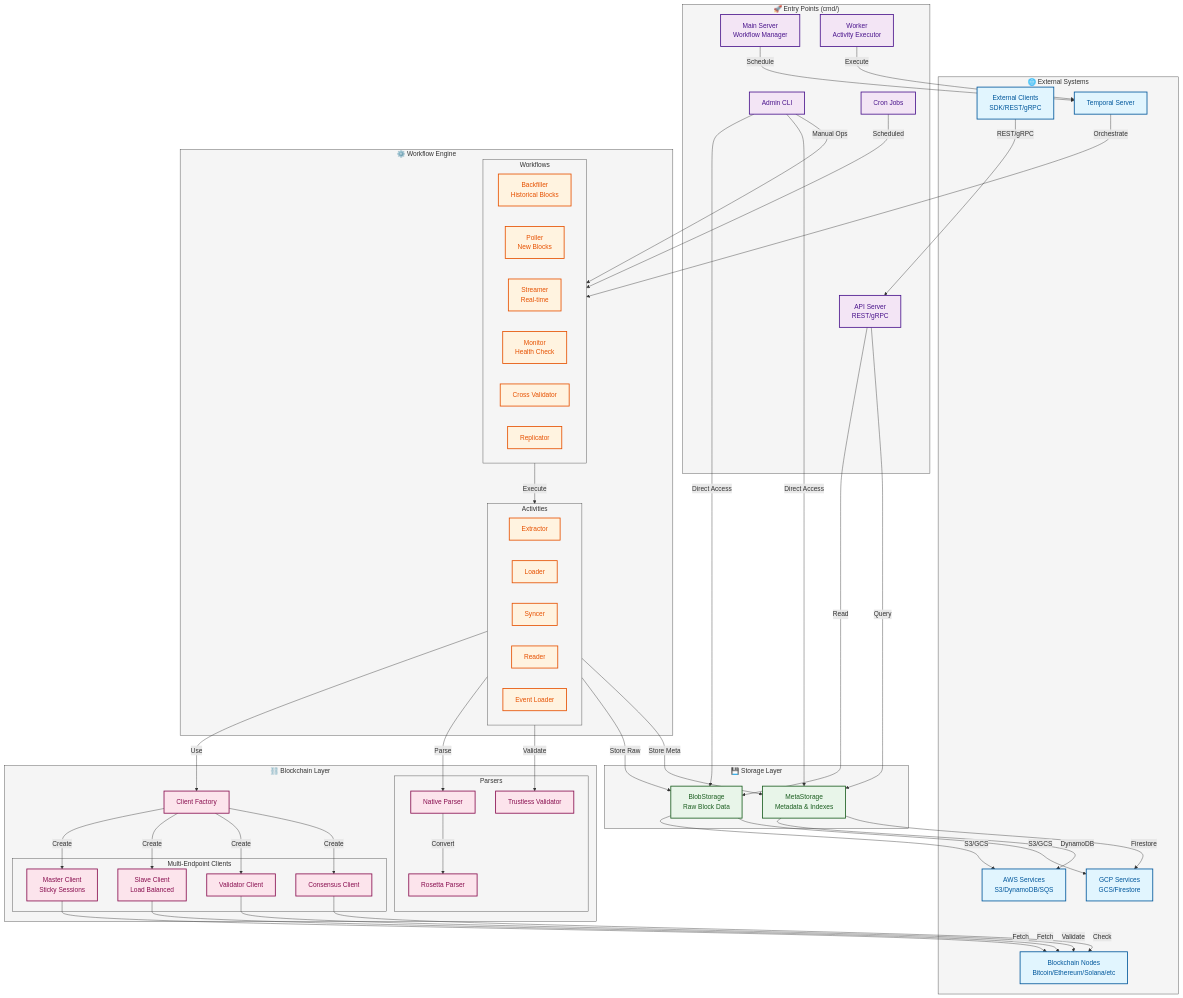
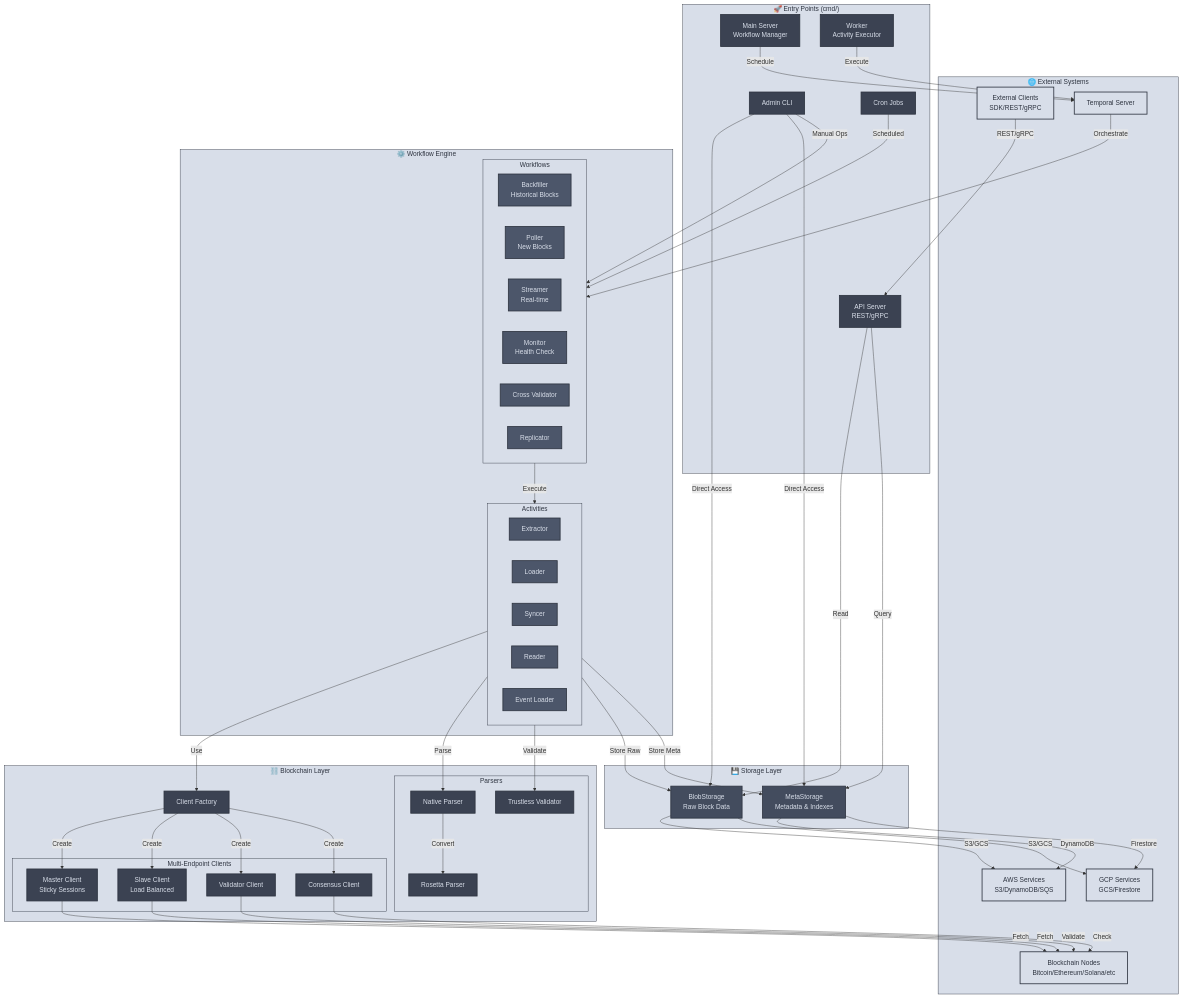
The second of 5 diagrams in COMPONENT_DIAGRAM.md (cipherowl-ai/chainstorage), drawn with Mermaid before and after one commit. The commit also changed other lines of this file, not shown here.

First line of the commit message:
docs: apply Nord color palette to component diagrams

```diff
--- a/COMPONENT_DIAGRAM.md
+++ b/COMPONENT_DIAGRAM.md
@@ -147,13 +147,13 @@
     
     Cron -->|Scheduled| WORKFLOWS
 
-    %% Styling with better colors
-    classDef external fill:#e1f5fe,stroke:#01579b,stroke-width:2px,color:#01579b
-    classDef entry fill:#f3e5f5,stroke:#4a148c,stroke-width:2px,color:#4a148c
-    classDef storage fill:#e8f5e9,stroke:#1b5e20,stroke-width:2px,color:#1b5e20
-    classDef workflow fill:#fff3e0,stroke:#e65100,stroke-width:2px,color:#e65100
-    classDef blockchain fill:#fce4ec,stroke:#880e4f,stroke-width:2px,color:#880e4f
-    classDef subgraphStyle fill:#f5f5f5,stroke:#424242,stroke-width:1px
+    %% Styling with Nord palette
+    classDef external fill:#d8dee9,stroke:#2e3440,stroke-width:2px,color:#2e3440
+    classDef entry fill:#3b4252,stroke:#2e3440,stroke-width:2px,color:#d8dee9
+    classDef storage fill:#434c5e,stroke:#2e3440,stroke-width:2px,color:#d8dee9
+    classDef workflow fill:#4c566a,stroke:#2e3440,stroke-width:2px,color:#d8dee9
+    classDef blockchain fill:#3b4252,stroke:#2e3440,stroke-width:2px,color:#d8dee9
+    classDef subgraphStyle fill:#d8dee9,stroke:#2e3440,stroke-width:1px,color:#2e3440
     
     class BC,Client,Temporal,AWS,GCP external
     class API,Server,Worker,Admin,Cron entry
```
